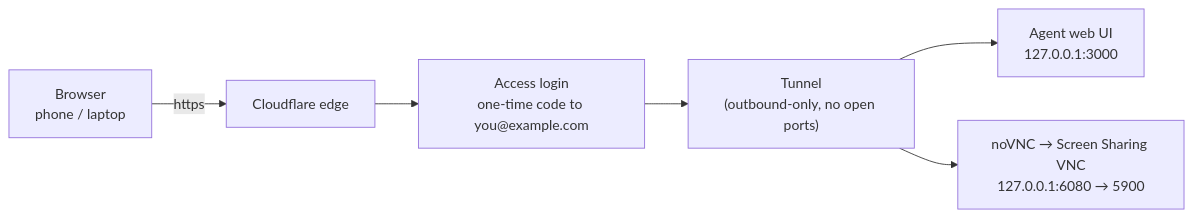
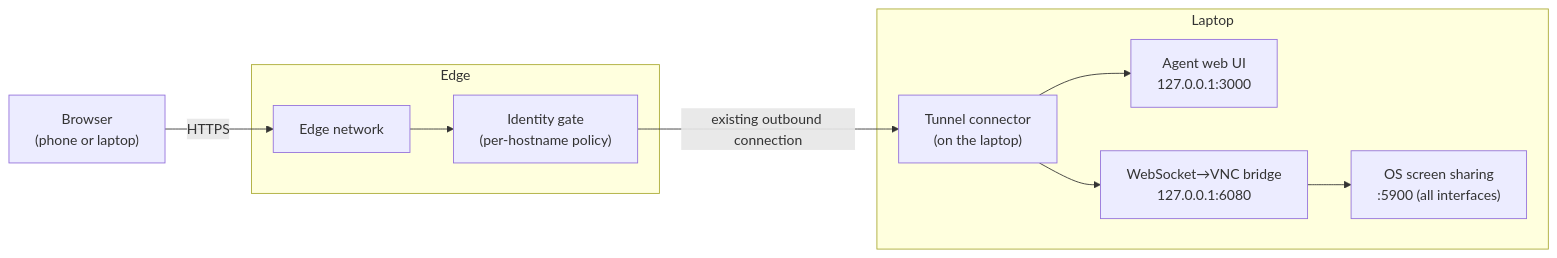
The first of 2 diagrams in src/blog/remote-access-for-your-local-ai-agent.md (swopnilnep/swopnilnep.github.io), drawn with Mermaid before and after one commit. The commit also changed other lines of this file and 30 other files, not shown here.

````diff
--- a/src/blog/remote-access-for-your-local-ai-agent.md
+++ b/src/blog/remote-access-for-your-local-ai-agent.md
@@ -27,8 +25,13 @@
 ```mermaid
 flowchart LR
-    B["Browser<br/>phone / laptop"] -->|"https"| E["Cloudflare edge"]
-    E --> A["Access login<br/>one-time code to you@example.com"]
-    A --> T["Tunnel<br/>(outbound-only, no open ports)"]
-    T --> AG["Agent web UI<br/>127.0.0.1:3000"]
-    T --> NV["noVNC → Screen Sharing VNC<br/>127.0.0.1:6080 → 5900"]
+    B["Browser<br/>(phone or laptop)"] -->|HTTPS| E["Edge network"]
+    subgraph Edge
+        E --> A["Identity gate<br/>(per-hostname policy)"]
+    end
+    A -->|"existing outbound connection"| C["Tunnel connector<br/>(on the laptop)"]
+    subgraph Laptop
+        C --> AG["Agent web UI<br/>127.0.0.1:3000"]
+        C --> WS["WebSocket→VNC bridge<br/>127.0.0.1:6080"]
+        WS --> VNC["OS screen sharing<br/>:5900 (all interfaces)"]
+    end
 ```
````
